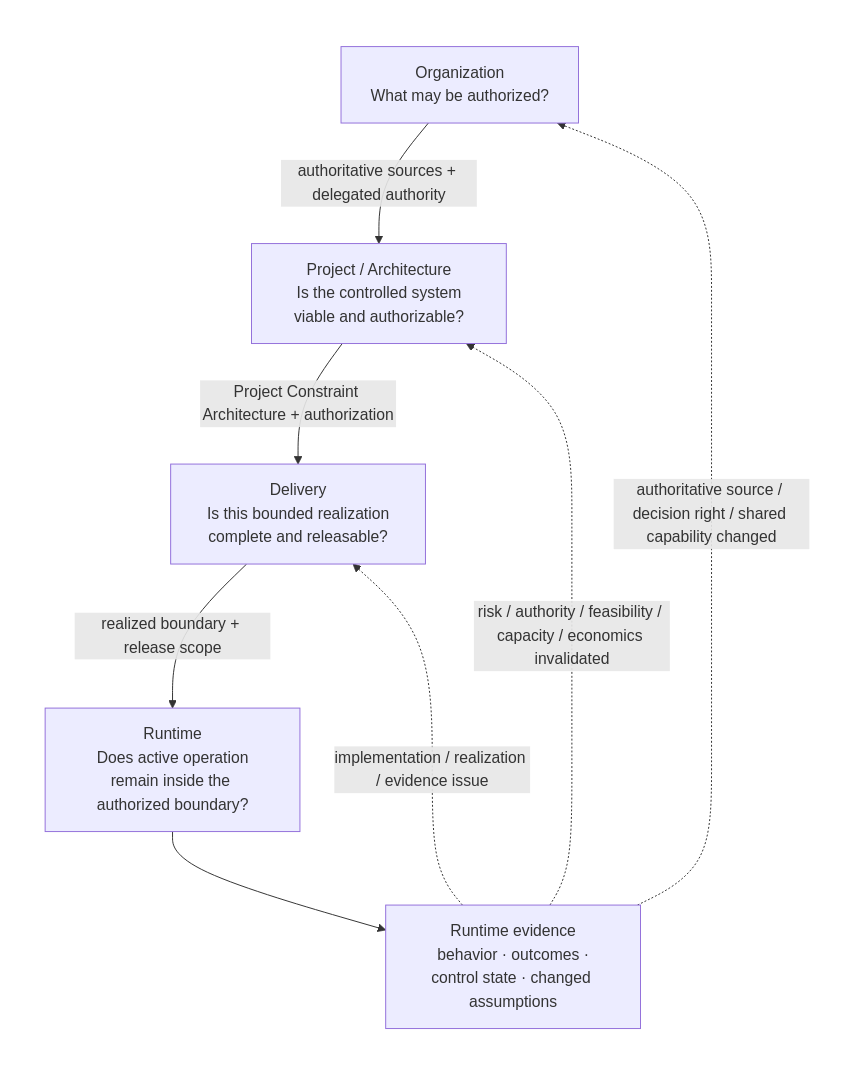
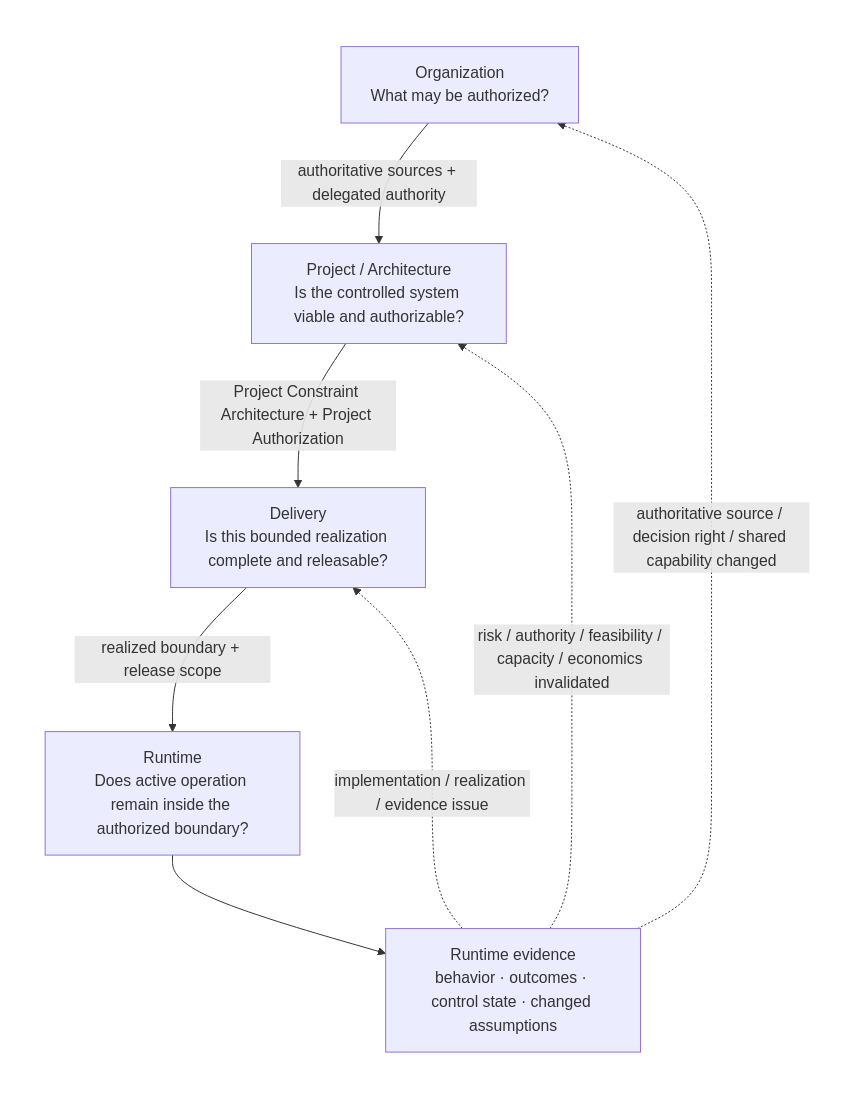
Before and after one commit to UncertaintyArchitectureGroup/uncertainty-architecture: the sixth of 14 diagrams in content/research/notes/open-engineering-specification-article-draft.md, drawn with Mermaid. The commit also changed other lines of this file and 1 other file, not shown here.

````diff
--- a/content/research/notes/open-engineering-specification-article-draft.md
+++ b/content/research/notes/open-engineering-specification-article-draft.md
@@ -288,22 +289,22 @@
 ```mermaid
 flowchart TB
     subgraph SPINE[" "]
         direction TB
-        O["Organization<br/> What may be authorized?"]
-        P["Project / Architecture<br/> Is the controlled system viable and authorizable?"]
-        D["Delivery<br/> Is this bounded realization complete and releasable?"]
-        R["Runtime<br/> Does active operation remain inside the authorized boundary?"]
-        E["Runtime evidence<br/> behavior · outcomes · control state · changed assumptions"]
+        O["Organization<br/>What may be authorized?"]
+        P["Project / Architecture<br/>Is the controlled system viable and authorizable?"]
+        D["Delivery<br/>Is this bounded realization complete and releasable?"]
+        R["Runtime<br/>Does active operation remain inside the authorized boundary?"]
+        E["Runtime evidence<br/>behavior · outcomes · control state · changed assumptions"]
 
         O -->|authoritative sources + delegated authority| P
-        P -->|Project Constraint Architecture + authorization| D
+        P -->|Project Constraint Architecture + Project Authorization| D
         D -->|realized boundary + release scope| R
         R --> E
     end
 
     E -.->|implementation / realization / evidence issue| D
     E -.->|risk / authority / feasibility / capacity / economics invalidated| P
     E -.->|authoritative source / decision right / shared capability changed| O
 
     style SPINE fill:none,stroke:none
 ```
````
